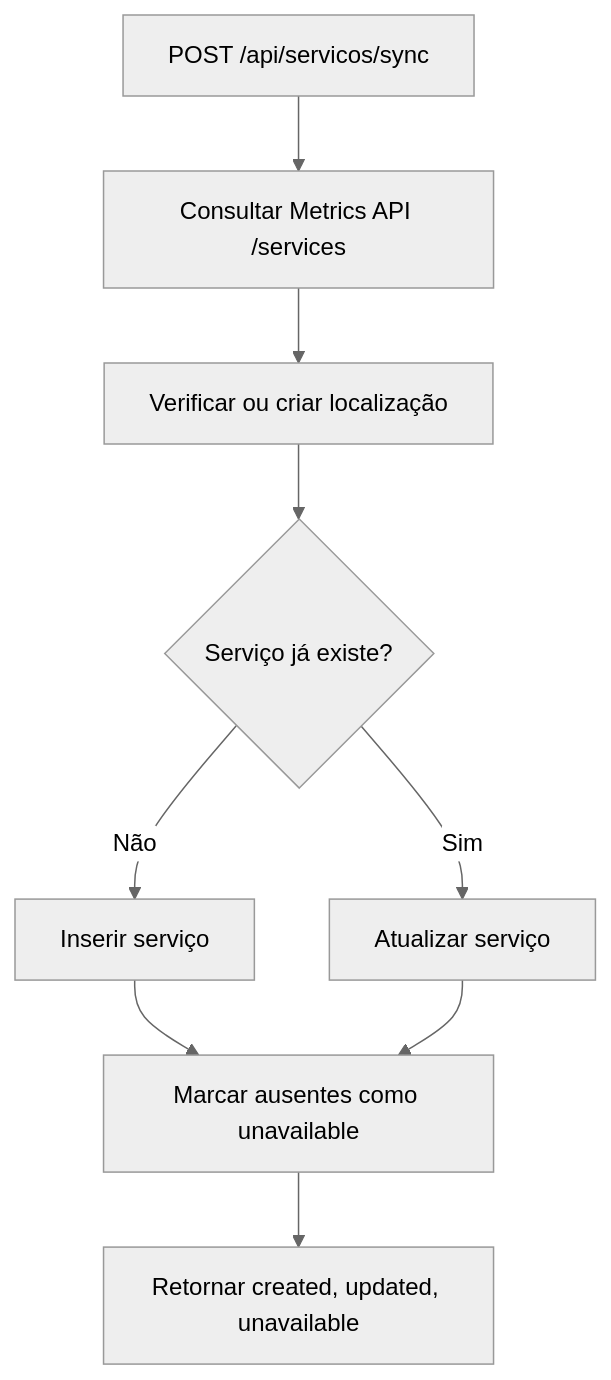
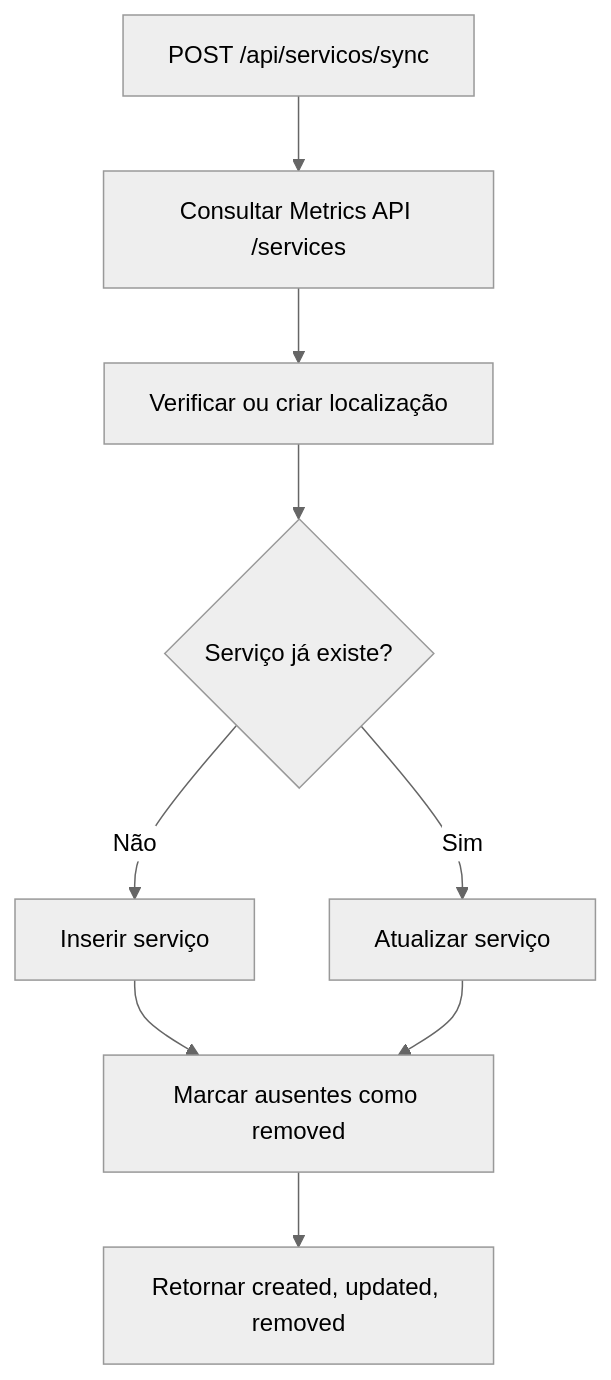
The second of 2 diagrams in docs/api.md (let-zapplin/GreenER), drawn with Mermaid (neutral theme) before and after one commit. The commit also changed other lines of this file and 17 other files, not shown here.

````diff
--- a/docs/api.md
+++ b/docs/api.md
@@ -245,11 +245,11 @@
 ```mermaid
 flowchart TD
   A[POST /api/servicos/sync] --> B[Consultar Metrics API /services]
   B --> C[Verificar ou criar localização]
   C --> D{Serviço já existe?}
   D -->|Não| E[Inserir serviço]
   D -->|Sim| F[Atualizar serviço]
-  E --> G[Marcar ausentes como unavailable]
+  E --> G[Marcar ausentes como removed]
   F --> G
-  G --> H[Retornar created, updated, unavailable]
+  G --> H[Retornar created, updated, removed]
 ```
````
